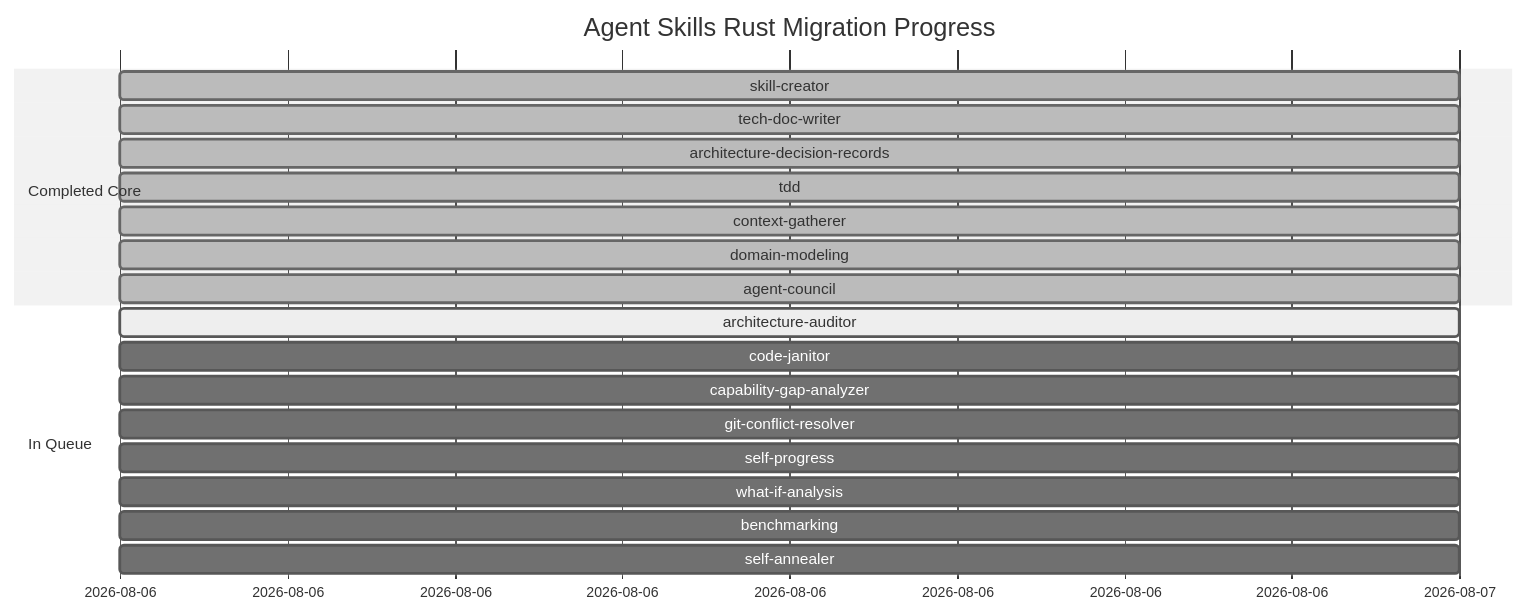
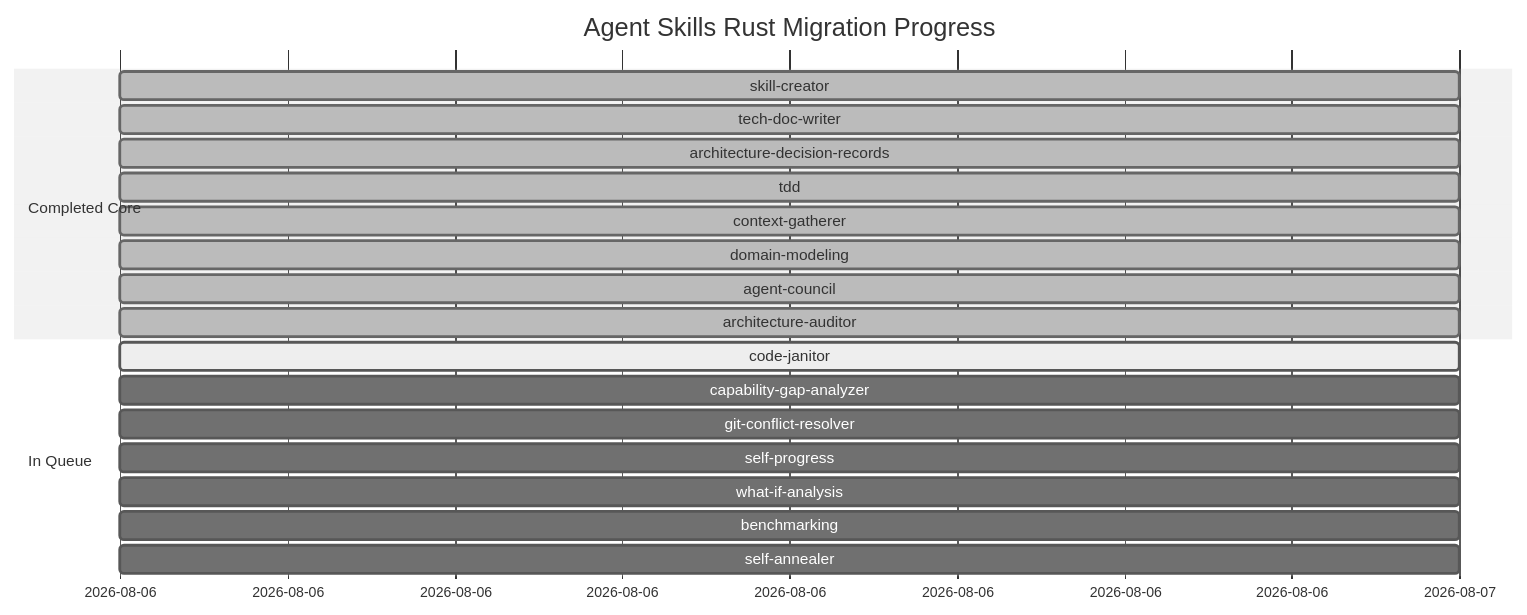
The diagram in docs/migration_progress.md (louis-pvs/agent-skills), drawn with Mermaid (neutral theme) before and after one commit. The commit also changed other lines of this file and 5 other files, not shown here.

Commit message:
feat(architecture-auditor): migrate skill automation to Rust CLI via TDD protocol

````diff
--- a/docs/migration_progress.md
+++ b/docs/migration_progress.md
@@ -26,22 +26,22 @@
 ```mermaid
 gantt
     title Agent Skills Rust Migration Progress
     dateFormat  YYYY-MM-DD
     section Completed Core
     skill-creator                  :done, 2026-08-06, 1d
     tech-doc-writer                :done, 2026-08-06, 1d
     architecture-decision-records  :done, 2026-08-06, 1d
     tdd                            :done, 2026-08-06, 1d
     context-gatherer               :done, 2026-08-06, 1d
     domain-modeling                :done, 2026-08-06, 1d
     agent-council                  :done, 2026-08-06, 1d
+    architecture-auditor           :done, 2026-08-06, 1d
     section In Queue
-    architecture-auditor           :active, 2026-08-06, 1d
-    code-janitor                   :2026-08-06, 1d
+    code-janitor                   :active, 2026-08-06, 1d
     capability-gap-analyzer        :2026-08-06, 1d
     git-conflict-resolver         :2026-08-06, 1d
     self-progress                  :2026-08-06, 1d
     what-if-analysis               :2026-08-06, 1d
     benchmarking                   :2026-08-06, 1d
     self-annealer                  :2026-08-06, 1d
 ```
````
